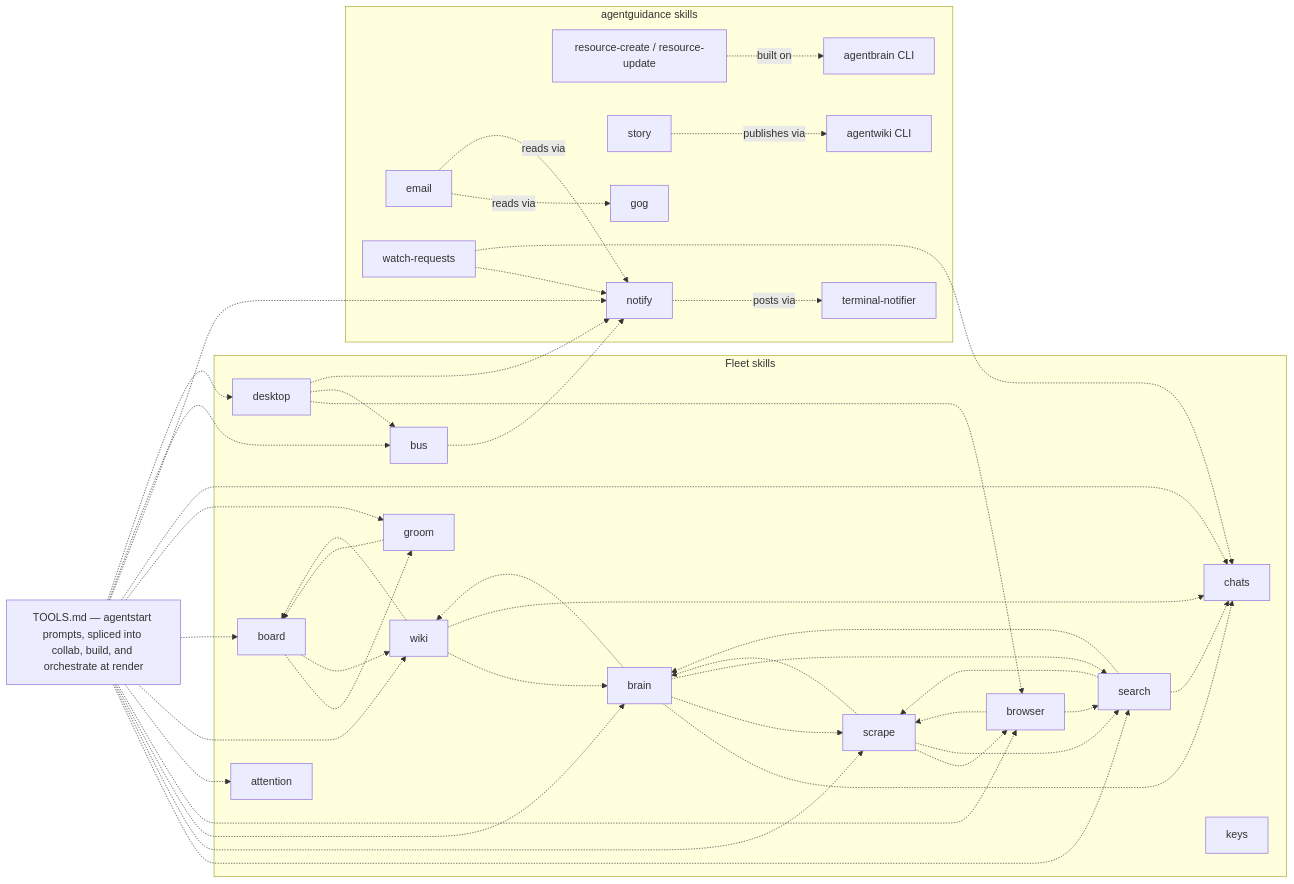
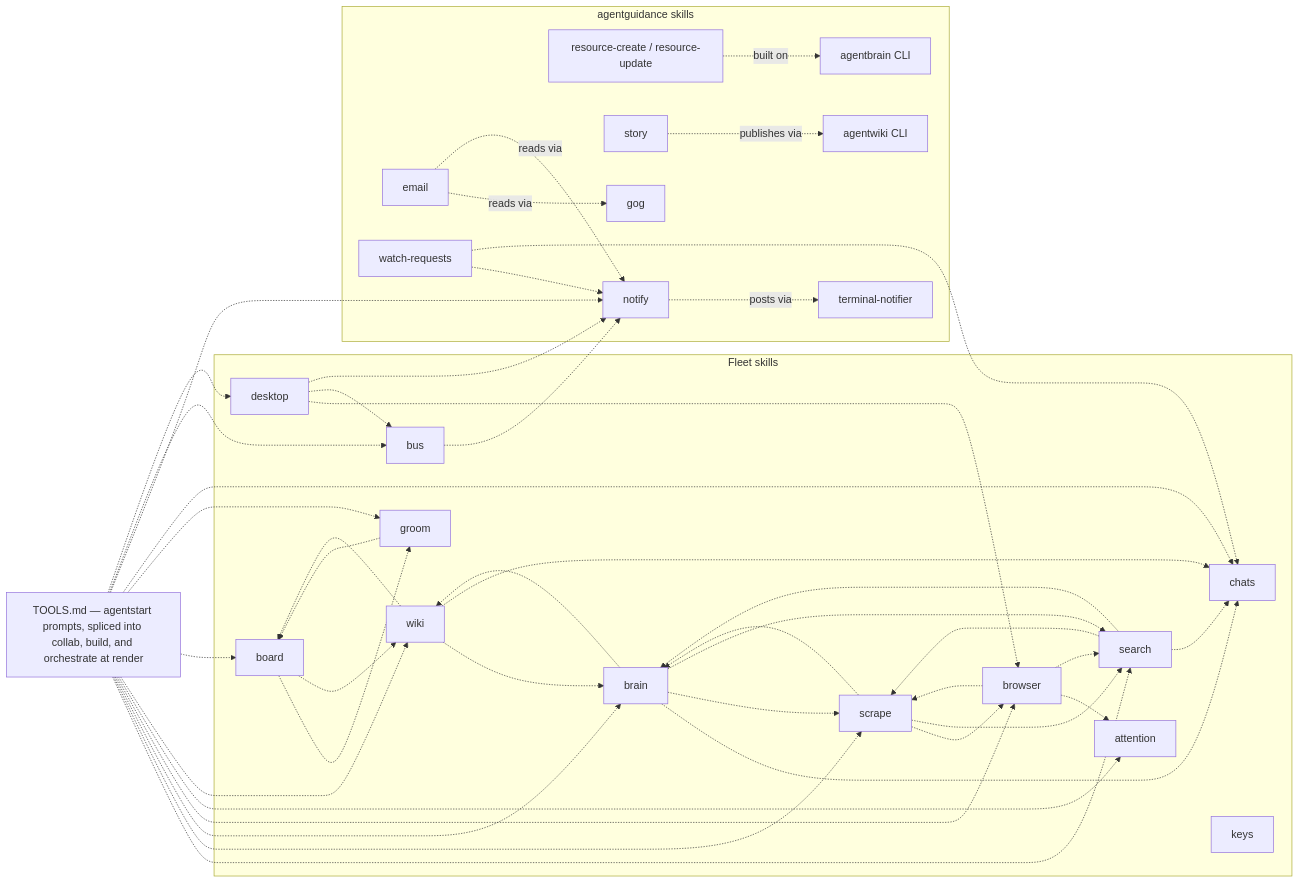
The third of 3 diagrams in skills/fleet/MAP.md (possibilities/agentstart), drawn with Mermaid before and after one commit. The commit also changed other lines of this file and 2 other files, not shown here.

Commit message:
Transfer browser skill ownership to Agentbrowse

````diff
--- a/skills/fleet/MAP.md
+++ b/skills/fleet/MAP.md
@@ -118,31 +118,31 @@
 ```mermaid
 flowchart LR
     subgraph fleetSkills [Fleet skills]
         board -.-> groom & wiki
         groom -.-> board
         brain -.-> chats & scrape & search & wiki
         scrape -.-> brain & browser & search
         search -.-> brain & chats & scrape
-        browser -.-> scrape & search
+        browser -.-> attention & scrape & search
         attention
         wiki -.-> board & brain & chats
         desktop -.-> browser & bus
         chats
         keys
         bus
     end
 
     subgraph guidanceSkills [agentguidance skills]
         resource[resource-create / resource-update] -.->|built on| brainCli[agentbrain CLI]
         story -.->|publishes via| wikiCli[agentwiki CLI]
         notify -.->|posts via| notifierCli[terminal-notifier]
         email -.->|reads via| gogCli[gog] & notify
         watchRequests[watch-requests] -.-> notify
     end
 
     watchRequests -.-> chats
     bus -.-> notify
     desktop -.-> notify
 
     tools[TOOLS.md — agentstart prompts, spliced into collab, build, and orchestrate at render] -.-> search & scrape & brain & browser & attention & wiki & board & groom & chats & notify & bus & desktop
 ```
````
